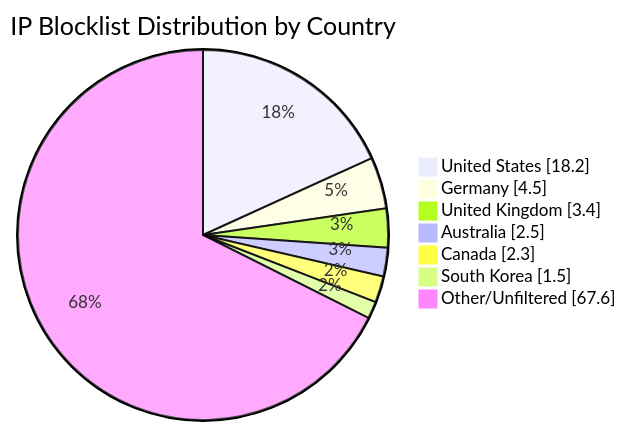
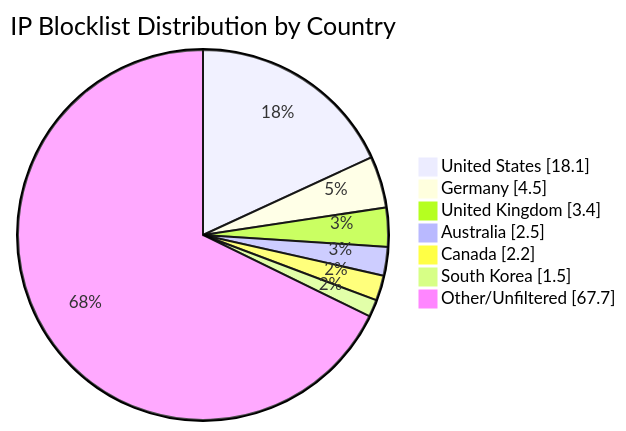
Before and after one commit to MarcusHoltz/ipblocklist-geofiltered-aggregator: the diagram in README.md, drawn with Mermaid. The commit also changed other lines of this file and 9 other files, not shown here.

````diff
--- a/README.md
+++ b/README.md
@@ -34,10 +34,10 @@
 ```mermaid
 pie showData title IP Blocklist Distribution by Country
-"United States" : 18.2
+"United States" : 18.1
 "Germany" : 4.5
 "United Kingdom" : 3.4
 "Australia" : 2.5
-"Canada" : 2.3
+"Canada" : 2.2
 "South Korea" : 1.5
-"Other/Unfiltered" : 67.6
+"Other/Unfiltered" : 67.7
 ```
````
